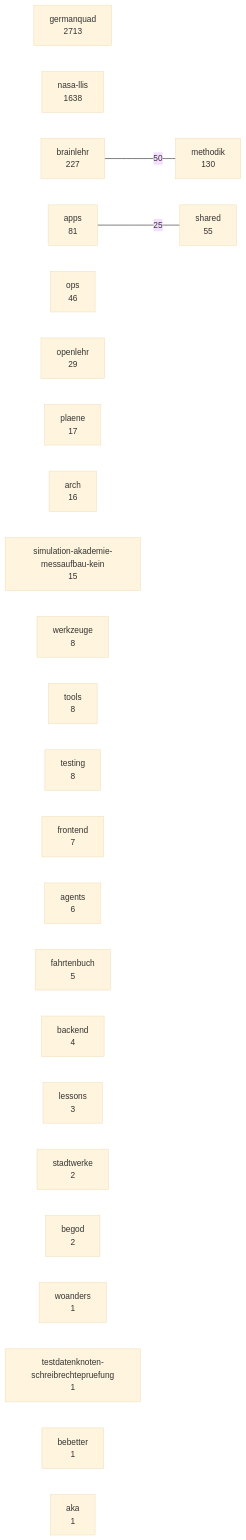
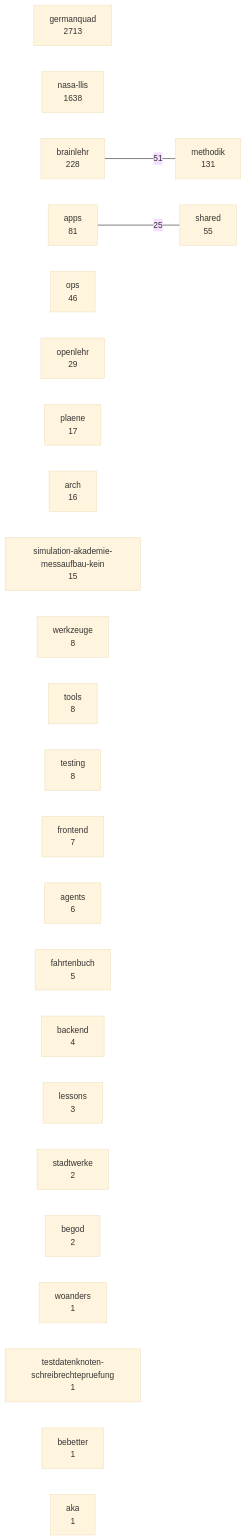
Before and after one commit to 3lehr/brainlehr: the diagram in docs/karten/bestand.md, drawn with Mermaid (base theme). The commit also changed 1 other file, not shown here.

Commit message:
chore(karten): Bestandskarte nachgezogen -- Waechter vor dem Push
Erzeugte Artefakte, kein Produktivcode, daher nichts zu belegen.
Plan: docs/PLAN_OPENLEHR_EINZELUNTERNEHMER_2026-08-16.md

````diff
--- a/docs/karten/bestand.md
+++ b/docs/karten/bestand.md
@@ -5,30 +5,30 @@
 ```mermaid
 graph LR
   germanquad["germanquad<br/>2713"]
   nasa_llis["nasa-llis<br/>1638"]
-  brainlehr["brainlehr<br/>227"]
-  methodik["methodik<br/>130"]
+  brainlehr["brainlehr<br/>228"]
+  methodik["methodik<br/>131"]
   apps["apps<br/>81"]
   shared["shared<br/>55"]
   ops["ops<br/>46"]
   openlehr["openlehr<br/>29"]
   plaene["plaene<br/>17"]
   arch["arch<br/>16"]
   simulation_akademie_messaufbau_kein["simulation-akademie-messaufbau-kein<br/>15"]
   werkzeuge["werkzeuge<br/>8"]
   tools["tools<br/>8"]
   testing["testing<br/>8"]
   frontend["frontend<br/>7"]
   agents["agents<br/>6"]
   fahrtenbuch["fahrtenbuch<br/>5"]
   backend["backend<br/>4"]
   lessons["lessons<br/>3"]
   stadtwerke["stadtwerke<br/>2"]
   begod["begod<br/>2"]
   woanders["woanders<br/>1"]
   testdatenknoten_schreibrechtepruefung["testdatenknoten-schreibrechtepruefung<br/>1"]
   bebetter["bebetter<br/>1"]
   aka["aka<br/>1"]
-  brainlehr ---|50| methodik
+  brainlehr ---|51| methodik
   apps ---|25| shared
 ```
````
